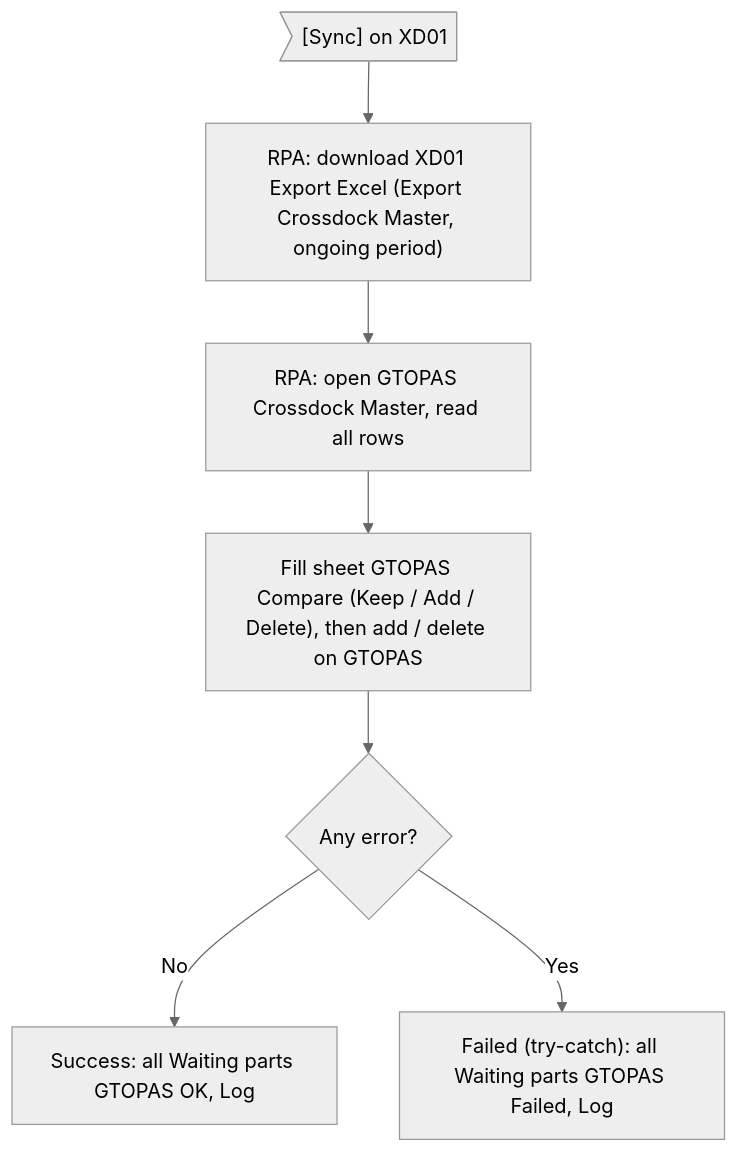
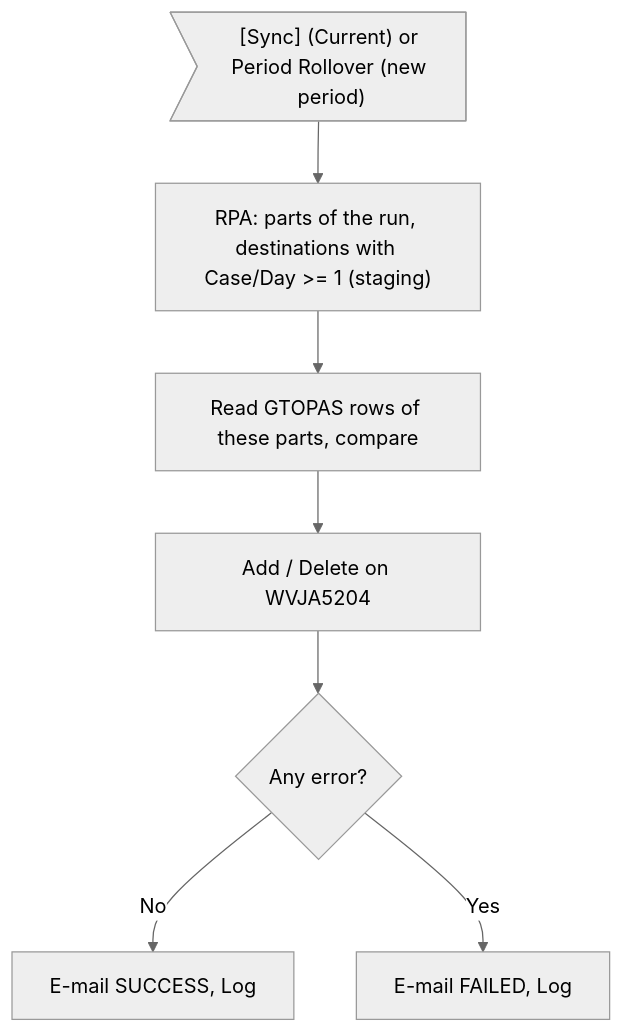
The first of 2 diagrams in prepare_code/uiss/XD06_Batch_IFCrossDockMasterToGTOPAS.md (ivanrayhannn/crossdockpoc), drawn with Mermaid (neutral theme) before and after one commit. The commit also changed other lines of this file and 28 other files, not shown here.

First line of the commit message:
UISS XD01-XD03, XD05-XD07: sync with TB_H_PART_CANDIDATE_STG_SYNC (no sync column on the master, SEND_SEQ upload files, GTOPAS by status + period); ERD, DB Structure, UR summary and Function Summary

````diff
--- a/prepare_code/uiss/XD06_Batch_IFCrossDockMasterToGTOPAS.md
+++ b/prepare_code/uiss/XD06_Batch_IFCrossDockMasterToGTOPAS.md
@@ -34,16 +35,16 @@
 ```mermaid
 flowchart TB
-  a>"[Sync] on XD01"]
-  b["RPA: download XD01 Export Excel (Export Crossdock Master, ongoing period)"]
-  c["RPA: open GTOPAS Crossdock Master, read all rows"]
-  d["Fill sheet GTOPAS Compare (Keep / Add / Delete), then add / delete on GTOPAS"]
+  a>"[Sync] (Current) or Period Rollover (new period)"]
+  b["RPA: parts of the run, destinations with Case/Day >= 1 (staging)"]
+  c["Read GTOPAS rows of these parts, compare"]
+  d["Add / Delete on WVJA5204"]
   e{"Any error?"}
-  f["Success: all Waiting parts GTOPAS OK, Log"]
-  h["Failed (try-catch): all Waiting parts GTOPAS Failed, Log"]
+  f["E-mail SUCCESS, Log"]
+  h["E-mail FAILED, Log"]
   a --> b
   b --> c
   c --> d
   d --> e
   e -->|No| f
   e -->|Yes| h
 ```
````
